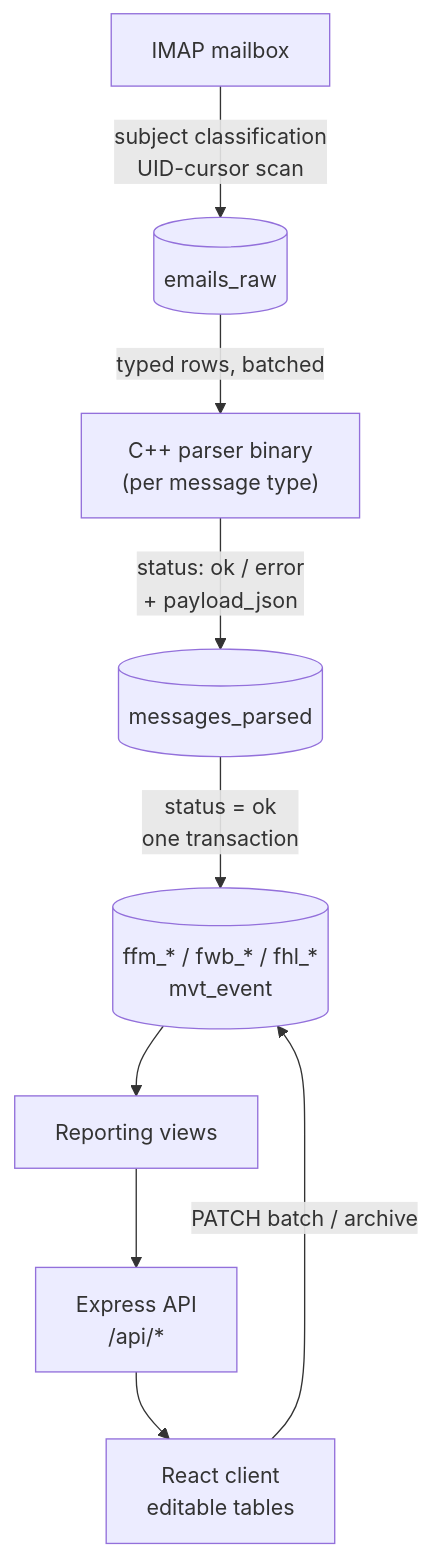
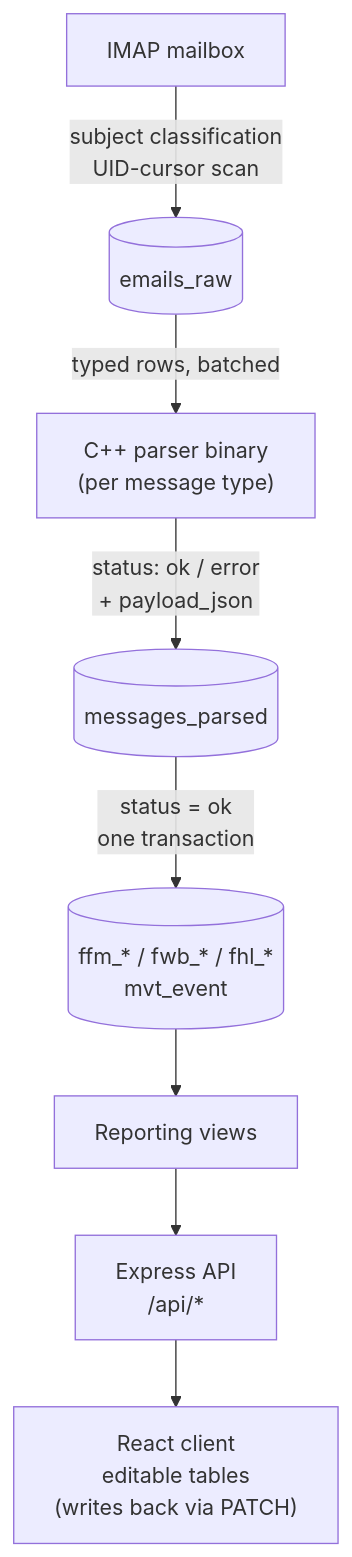
Before and after one commit to tyroneous9/CargoIMP-Compiler: the diagram in README.md, drawn with Mermaid.

Commit message:
update flowchart visual

````diff
--- a/README.md
+++ b/README.md
@@ -59,11 +59,10 @@
 ```mermaid
 flowchart TD
     A["IMAP mailbox"] -->|"subject classification<br/>UID-cursor scan"| B[("emails_raw")]
     B -->|"typed rows, batched"| C["C++ parser binary<br/>(per message type)"]
     C -->|"status: ok / error<br/>+ payload_json"| D[("messages_parsed")]
     D -->|"status = ok<br/>one transaction"| E[("ffm_* / fwb_* / fhl_*<br/>mvt_event")]
     E --> F["Reporting views"]
     F --> G["Express API<br/>/api/*"]
-    G --> H["React client<br/>editable tables"]
-    H -->|"PATCH batch / archive"| E
+    G --> H["React client<br/>editable tables<br/>(writes back via PATCH)"]
 ```
````
